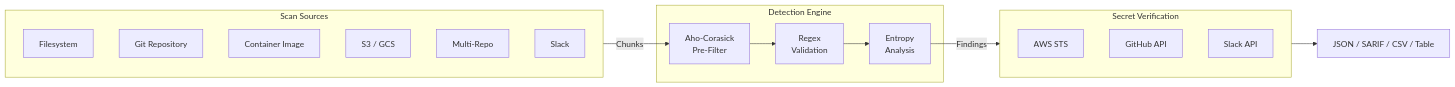
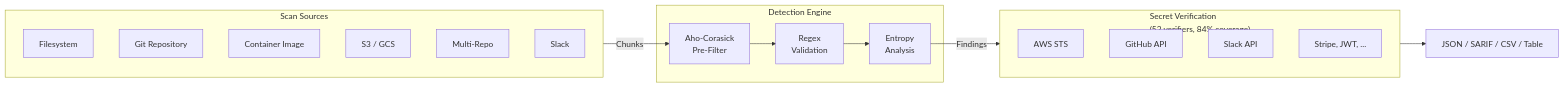
Before and after one commit to actions-marketplace-validations/HodeTech_Leakwatch: the first of 4 diagrams in docs/guides/getting-started.md, drawn with Mermaid. The commit also changed other lines of this file and 9 other files, not shown here.

First line of the commit message:
docs: comprehensive documentation revision — 53 verifiers, 84% coverage

````diff
--- a/docs/guides/getting-started.md
+++ b/docs/guides/getting-started.md
@@ -22,29 +22,30 @@
 ```mermaid
 flowchart LR
     subgraph Kaynaklar["Scan Sources"]
         S1["Filesystem"]
         S2["Git Repository"]
         S3["Container Image"]
         S4["S3 / GCS"]
         S5["Multi-Repo"]
         S6["Slack"]
     end
 
     subgraph Motor["Detection Engine"]
         E1["Aho-Corasick\nPre-Filter"]
         E2["Regex\nValidation"]
         E3["Entropy\nAnalysis"]
     end
 
-    subgraph Dogrulama["Secret Verification"]
+    subgraph Dogrulama["Secret Verification\n(53 verifiers, 84% coverage)"]
         V1["AWS STS"]
         V2["GitHub API"]
         V3["Slack API"]
+        V4["Stripe, JWT, ..."]
     end
 
     Kaynaklar -->|Chunks| E1
     E1 --> E2
     E2 --> E3
     E3 -->|Findings| Dogrulama
     Dogrulama --> Cikti["JSON / SARIF / CSV / Table"]
 ```
````
